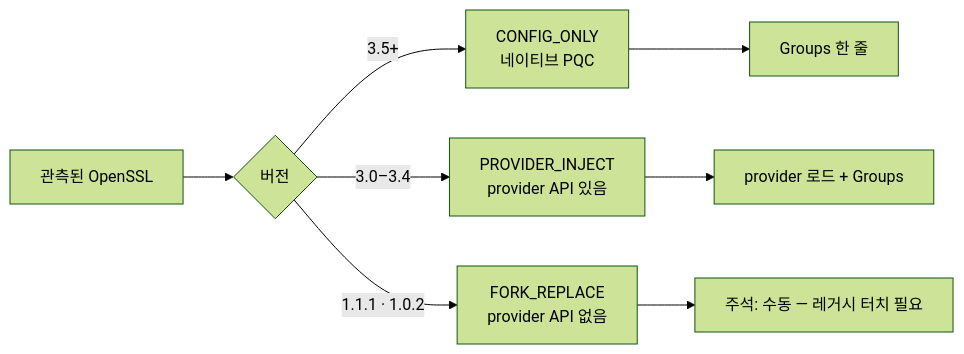
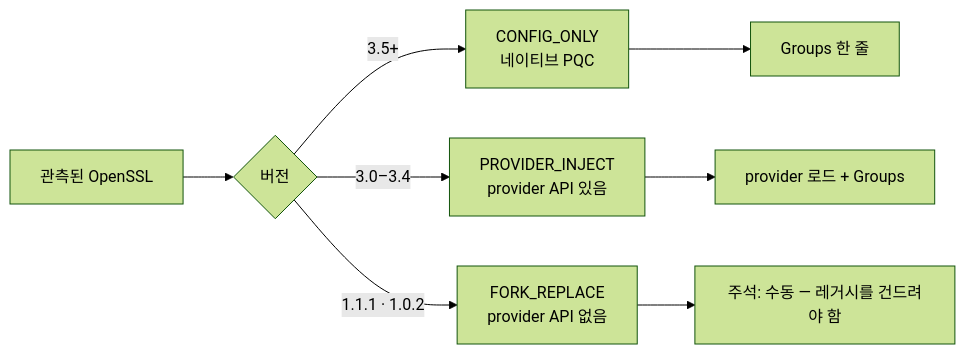
The first of 3 diagrams in provisioning/design.md (randyinthedev-hash/pqcota), drawn with Mermaid (forest theme) before and after one commit. The commit also changed other lines of this file and 17 other files, not shown here.

````diff
--- a/provisioning/design.md
+++ b/provisioning/design.md
@@ -122,10 +122,10 @@
 ```mermaid
 flowchart LR
     V["관측된 OpenSSL"] --> A{버전}
     A -- "3.5+" --> C1["CONFIG_ONLY<br/>네이티브 PQC"]
     A -- "3.0–3.4" --> C2["PROVIDER_INJECT<br/>provider API 있음"]
     A -- "1.1.1 · 1.0.2" --> C3["FORK_REPLACE<br/>provider API 없음"]
     C1 --> R1["Groups 한 줄"]
     C2 --> R2["provider 로드 + Groups"]
-    C3 --> R3["주석: 수동 — 레거시 터치 필요"]
+    C3 --> R3["주석: 수동 — 레거시를 건드려야 함"]
 ```
````
